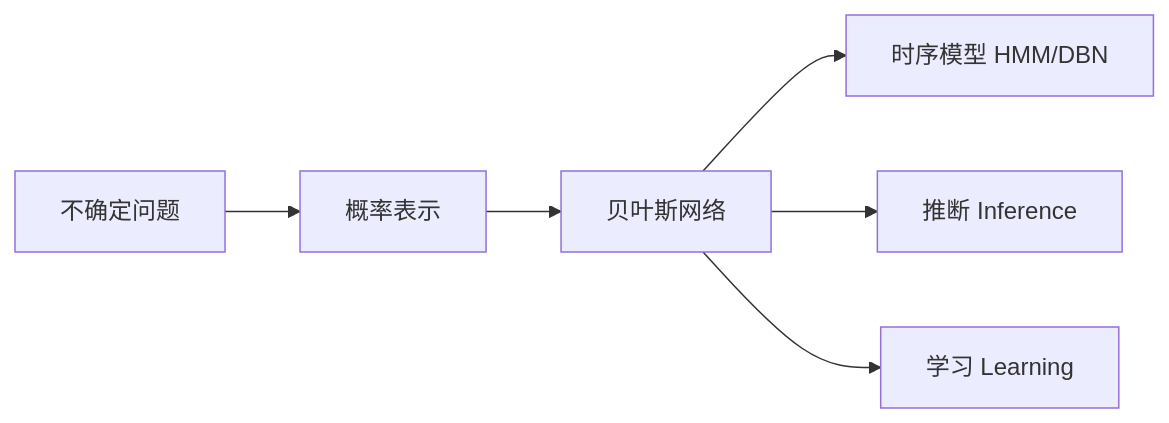
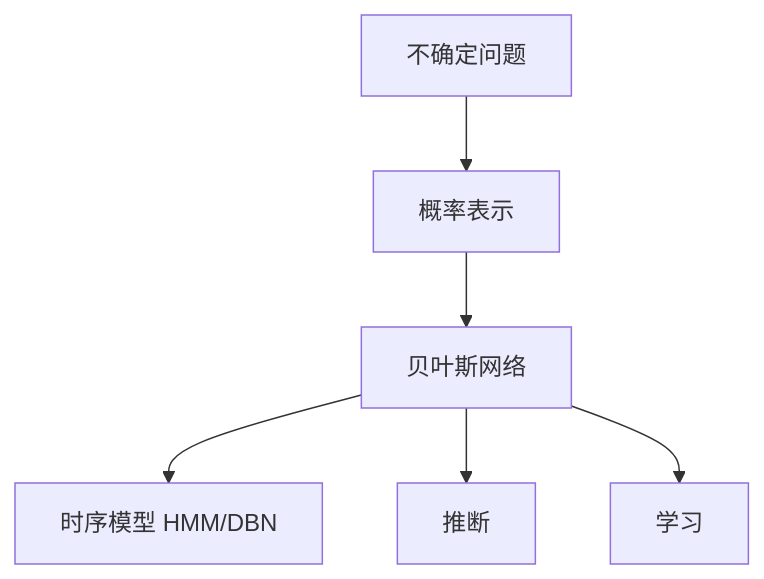
Before and after one commit to gulu-sherry/gulu-sherry.github.io: the diagram in _includes/content/tech/dmu-ch-02.md, drawn with Mermaid. The commit also changed other lines of this file and 9 other files, not shown here.

````diff
--- a/_includes/content/tech/dmu-ch-02.md
+++ b/_includes/content/tech/dmu-ch-02.md
@@ -98,8 +89,8 @@
 ```mermaid
-flowchart LR
+flowchart TD
     A["不确定问题"] --> B["概率表示"]
     B --> C["贝叶斯网络"]
     C --> D["时序模型 HMM/DBN"]
-    C --> E["推断 Inference"]
-    C --> F["学习 Learning"]
+    C --> E["推断"]
+    C --> F["学习"]
 ```
````
